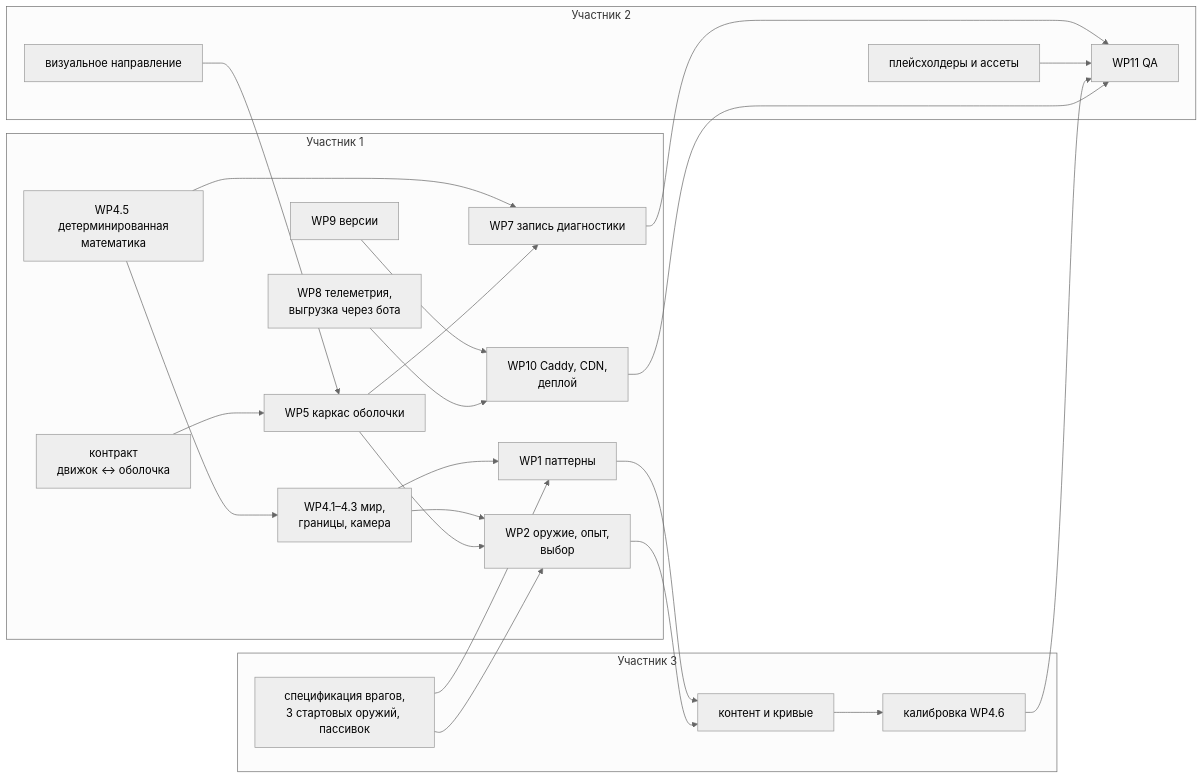
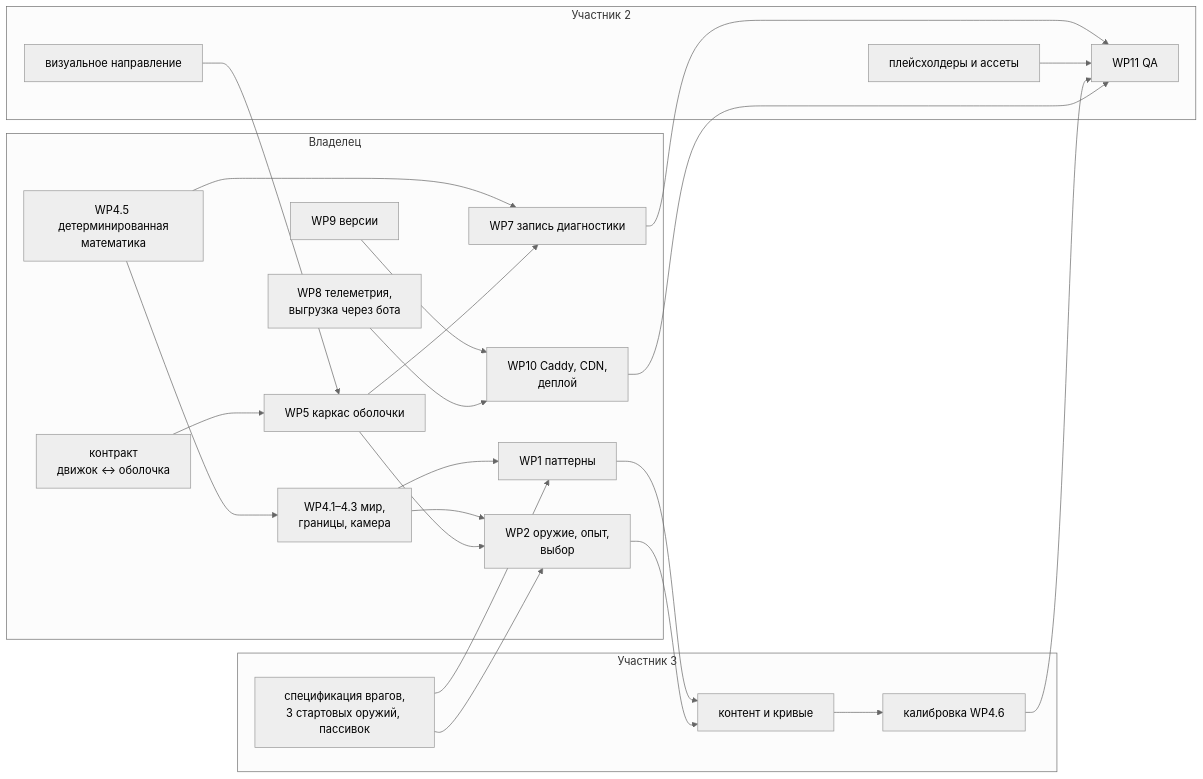
The diagram in docs/26-stage2-plan.md (JJSGxKD/rubezh), drawn with Mermaid (neutral theme) before and after one commit. The commit also changed other lines of this file and 66 other files, not shown here.

````diff
--- a/docs/26-stage2-plan.md
+++ b/docs/26-stage2-plan.md
@@ -1059,47 +1059,47 @@
 ```mermaid
 flowchart LR
-    subgraph p1["Участник 1"]
+    subgraph p1["Владелец"]
         W45["WP4.5 детерминированная<br/>математика"]
         W41["WP4.1–4.3 мир,<br/>границы, камера"]
         W1["WP1 паттерны"]
         W2["WP2 оружие, опыт,<br/>выбор"]
         C["контракт<br/>движок ↔ оболочка"]
         W5["WP5 каркас оболочки"]
         W9["WP9 версии"]
         W8["WP8 телеметрия,<br/>выгрузка через бота"]
         W10["WP10 Caddy, CDN,<br/>деплой"]
         W7["WP7 запись диагностики"]
     end
 
     subgraph p3["Участник 3"]
         SPEC["спецификация врагов,<br/>3 стартовых оружий, пассивок"]
         CNT["контент и кривые"]
         CAL["калибровка WP4.6"]
     end
 
     subgraph p2["Участник 2"]
         VIS["визуальное направление"]
         ART["плейсхолдеры и ассеты"]
         QA["WP11 QA"]
     end
 
     W45 --> W41
     W41 --> W1
     W41 --> W2
     SPEC --> W1
     SPEC --> W2
     W1 --> CNT
     W2 --> CNT
     CNT --> CAL
     C --> W5
     VIS --> W5
     W5 --> W2
     W45 --> W7
     W5 --> W7
     W9 --> W10
     W8 --> W10
     W7 --> QA
     ART --> QA
     CAL --> QA
     W10 --> QA
 ```
````
